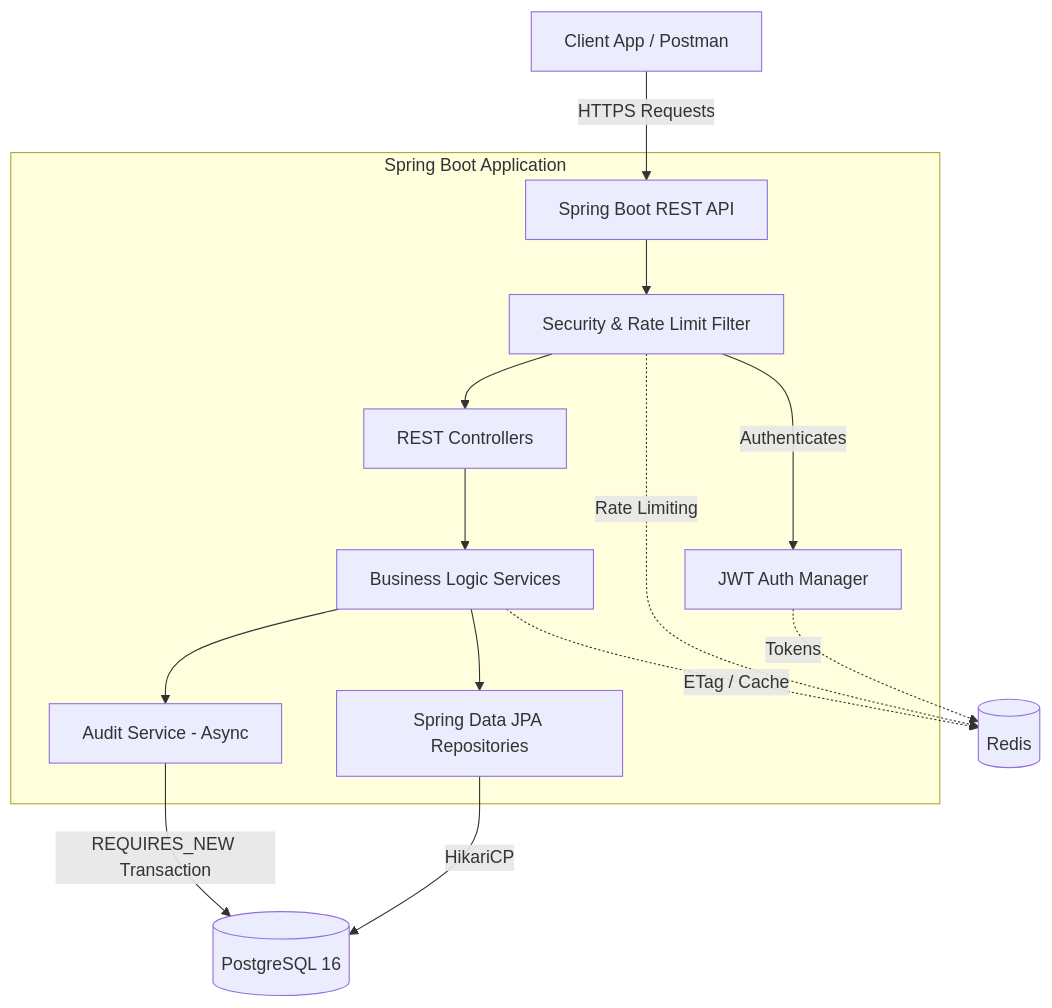
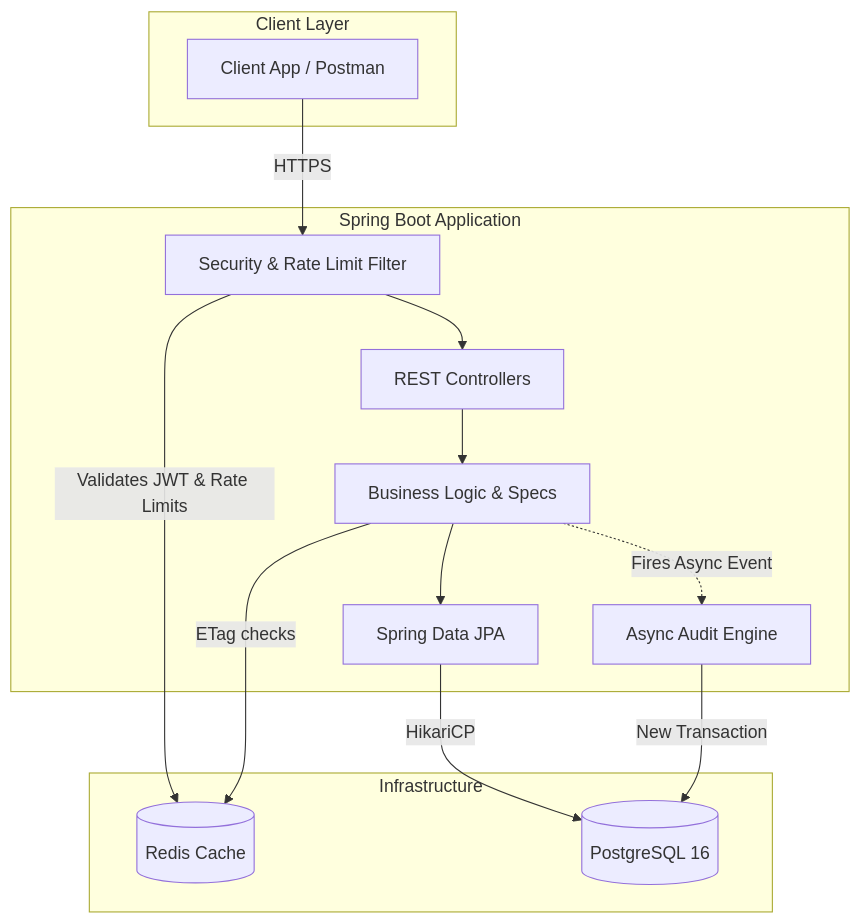
Before and after one commit to THARUN-RAJ-R/finance-dashboard: the first of 2 diagrams in README.md, drawn with Mermaid. The commit also changed other lines of this file, not shown here.

Commit message:
docs: streamline README, fix ERD many-to-many, and highlight test metrics

````diff
--- a/README.md
+++ b/README.md
@@ -31,20 +25,29 @@
 ```mermaid
-graph TD
-    Client[Client App / Postman] -->|HTTPS Requests| API[Spring Boot REST API]
+flowchart TD
+    subgraph Client Layer
+        C[Client App / Postman]
+    end
     
     subgraph Spring Boot Application
-        API --> Filter[Security & Rate Limit Filter]
-        Filter -->|Authenticates| Auth[JWT Auth Manager]
-        Filter --> Controller[REST Controllers]
-        Controller --> Services[Business Logic Services]
-        Services --> Audit[Audit Service - Async]
-        Services --> Repos[Spring Data JPA Repositories]
+        Filter[Security & Rate Limit Filter]
+        Controllers[REST Controllers]
+        Services[Business Logic & Specs]
+        Audit[Async Audit Engine]
+        Repos[Spring Data JPA]
     end
     
-    Auth .->|Tokens| Redis[(Redis)]
-    Filter .->|Rate Limiting| Redis
-    Services .->|ETag / Cache| Redis
-    
-    Repos -->|HikariCP| DB[(PostgreSQL 16)]
-    Audit -->|REQUIRES_NEW Transaction| DB
+    subgraph Infrastructure
+        Redis[(Redis Cache)]
+        DB[(PostgreSQL 16)]
+    end
+
+    C -->|HTTPS| Filter
+    Filter -->|Validates JWT & Rate Limits| Redis
+    Filter --> Controllers
+    Controllers --> Services
+    Services -->|ETag checks| Redis
+    Services -.->|Fires Async Event| Audit
+    Services --> Repos
+    Repos -->|HikariCP| DB
+    Audit -->|New Transaction| DB
 ```
````
